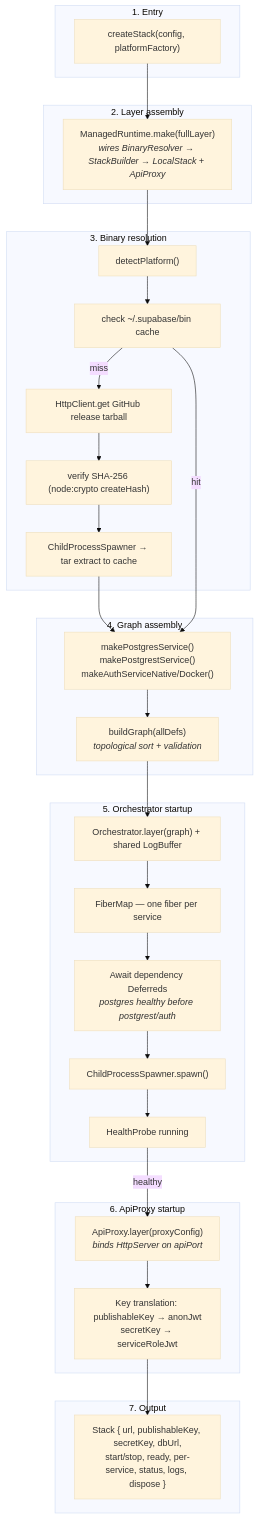
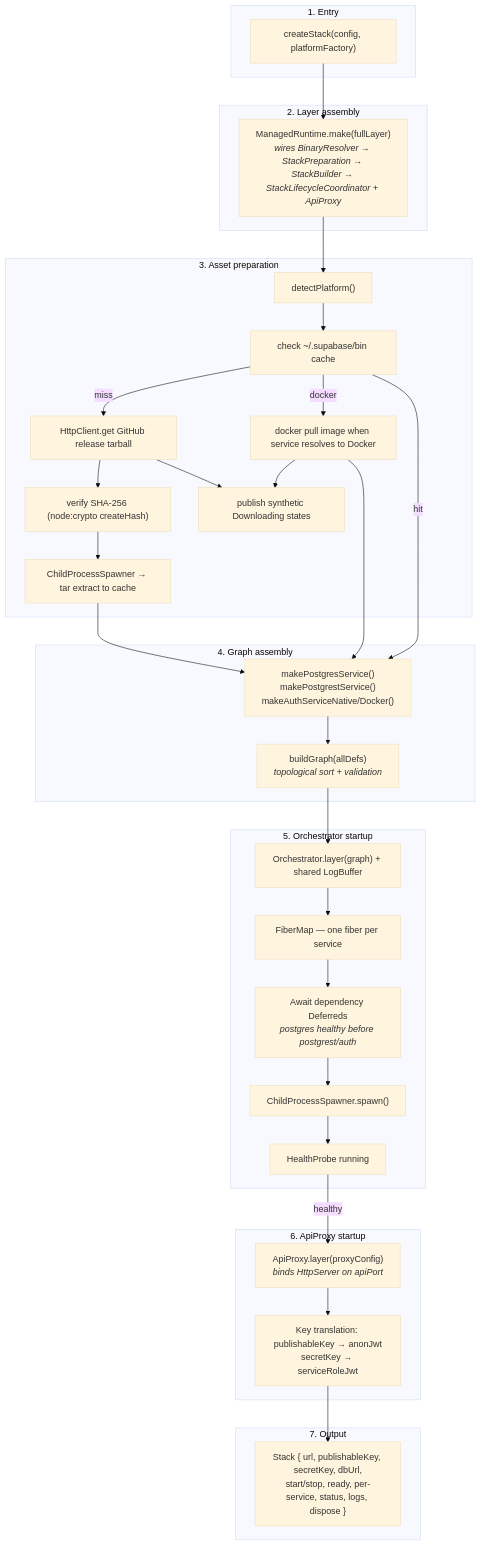
One commit to supabase/cli changed the ninth of 9 diagrams in packages/stack/docs/architecture.md. Above: the diagram before and after it, drawn with Mermaid (base theme). The commit also changed other lines of this file and 139 other files, not shown here.

````diff
--- a/packages/stack/docs/architecture.md
+++ b/packages/stack/docs/architecture.md
@@ -984,58 +1009,64 @@
 ```mermaid
 graph TB
     subgraph "1. Entry"
         CS["createStack(config, platformFactory)"]
     end
 
     subgraph "2. Layer assembly"
-        LA["ManagedRuntime.make(fullLayer)<br/><i>wires BinaryResolver → StackBuilder → LocalStack + ApiProxy</i>"]
+        LA["ManagedRuntime.make(fullLayer)<br/><i>wires BinaryResolver → StackPreparation → StackBuilder → StackLifecycleCoordinator + ApiProxy</i>"]
     end
 
-    subgraph "3. Binary resolution"
+    subgraph "3. Asset preparation"
         DP["detectPlatform()"]
         CH["check ~/.supabase/bin cache"]
         DL["HttpClient.get GitHub release tarball"]
+        PI["docker pull image when service resolves to Docker"]
         VR["verify SHA-256 (node:crypto createHash)"]
         EX["ChildProcessSpawner → tar extract to cache"]
+        DS["publish synthetic Downloading states"]
     end
 
     subgraph "4. Graph assembly"
         SD["makePostgresService()<br/>makePostgrestService()<br/>makeAuthServiceNative/Docker()"]
         BG["buildGraph(allDefs)<br/><i>topological sort + validation</i>"]
     end
 
     subgraph "5. Orchestrator startup"
         OL["Orchestrator.layer(graph) + shared LogBuffer"]
         FM["FiberMap — one fiber per service"]
         DEP["Await dependency Deferreds<br/><i>postgres healthy before postgrest/auth</i>"]
         SP["ChildProcessSpawner.spawn()"]
         HC["HealthProbe running"]
     end
 
     subgraph "6. ApiProxy startup"
         AP["ApiProxy.layer(proxyConfig)<br/><i>binds HttpServer on apiPort</i>"]
         KT["Key translation: publishableKey → anonJwt<br/>secretKey → serviceRoleJwt"]
     end
 
     subgraph "7. Output"
         SI["Stack { url, publishableKey, secretKey, dbUrl,<br/>start/stop, ready, per-service, status, logs, dispose }"]
     end
 
     CS --> LA
     LA --> DP
     DP --> CH
     CH -->|"miss"| DL
     DL --> VR
     VR --> EX
+    CH -->|"docker"| PI
+    DL --> DS
+    PI --> DS
     EX --> SD
+    PI --> SD
     CH -->|"hit"| SD
     SD --> BG
     BG --> OL
     OL --> FM
     FM --> DEP
     DEP --> SP
     SP --> HC
     HC -->|"healthy"| AP
     AP --> KT
     KT --> SI
 ```
````
